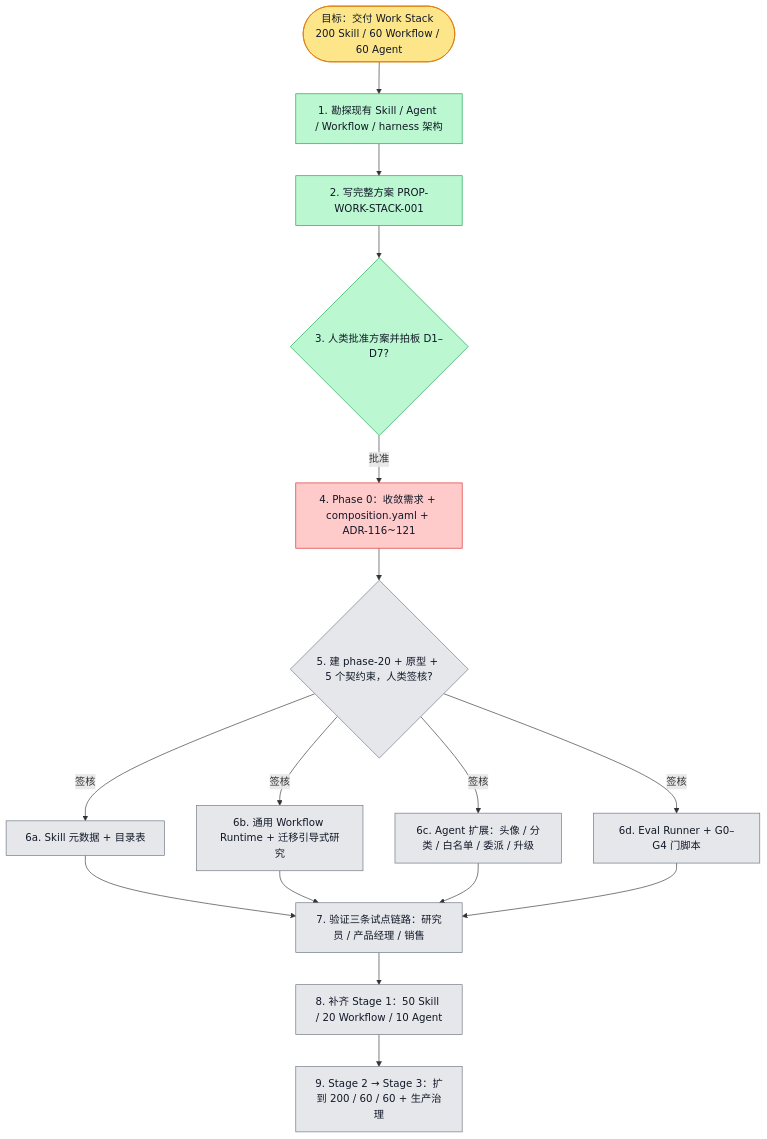
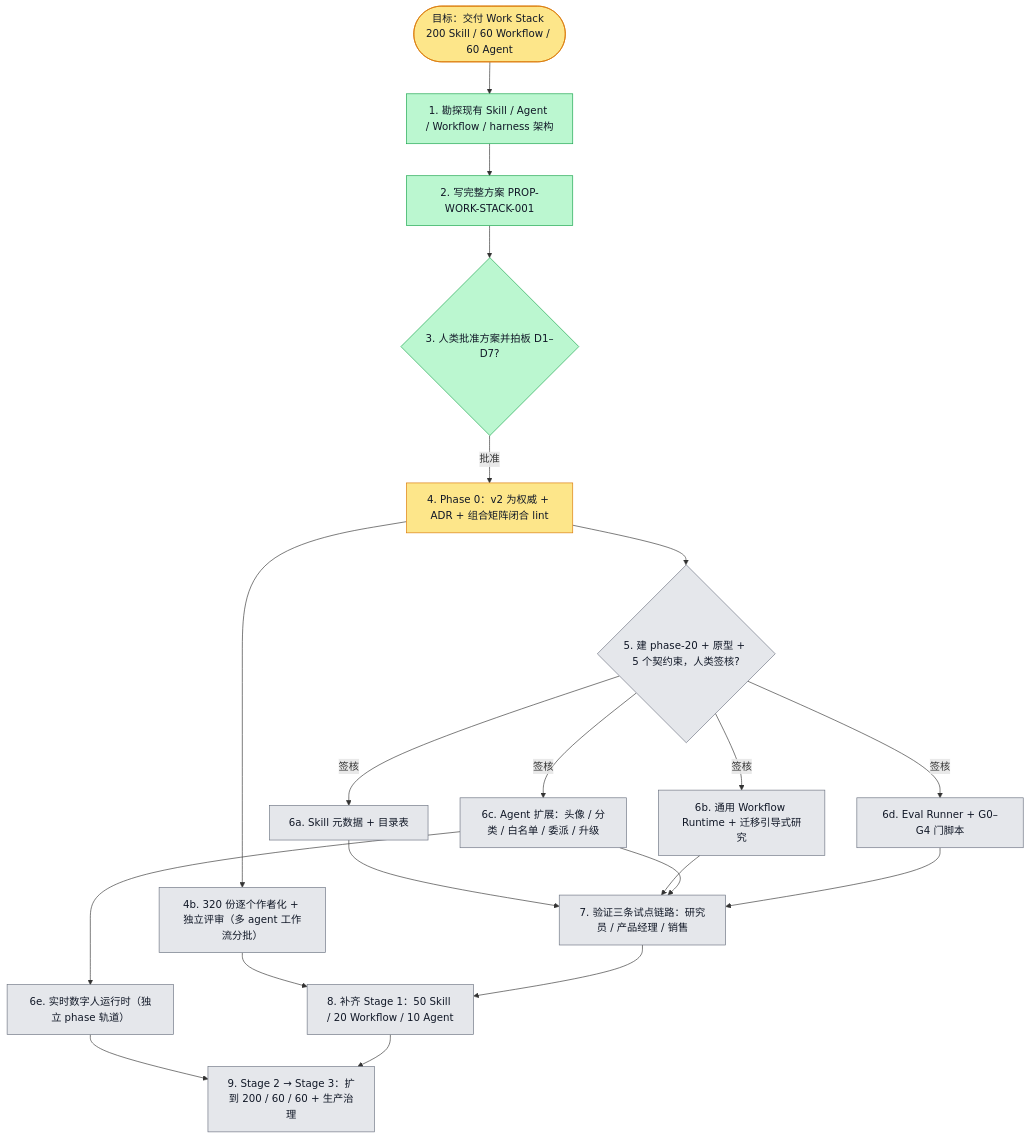
The diagram in docs/proposals/PROP-WORK-STACK-001.plan.md (boardx/workspacex), drawn with Mermaid before and after one commit. The commit also changed other lines of this file and 1 other file, not shown here.

Commit message:
docs(proposal): revise Work Stack plan for v2 (#4523) per human decisions
Claude-Session: https://claude.ai/code/session_01AktcNKdGsxfAT96ihaeZsq

````diff
--- a/docs/proposals/PROP-WORK-STACK-001.plan.md
+++ b/docs/proposals/PROP-WORK-STACK-001.plan.md
@@ -18,42 +18,47 @@
 ```mermaid
 flowchart TD
   G([目标：交付 Work Stack 200 Skill / 60 Workflow / 60 Agent])
   R1[1. 勘探现有 Skill / Agent / Workflow / harness 架构]
   R2[2. 写完整方案 PROP-WORK-STACK-001]
   H1{3. 人类批准方案并拍板 D1–D7?}
-  P0[4. Phase 0：收敛需求 + composition.yaml + ADR-116~121]
+  P0[4. Phase 0：v2 为权威 + ADR + 组合矩阵闭合 lint]
+  AU[4b. 320 份逐个作者化 + 独立评审（多 agent 工作流分批）]
+  RT[6e. 实时数字人运行时（独立 phase 轨道）]
   H2{5. 建 phase-20 + 原型 + 5 个契约束，人类签核?}
   A1[6a. Skill 元数据 + 目录表]
   A2[6b. 通用 Workflow Runtime + 迁移引导式研究]
   A3[6c. Agent 扩展：头像 / 分类 / 白名单 / 委派 / 升级]
   A4[6d. Eval Runner + G0–G4 门脚本]
   V1[7. 验证三条试点链路：研究员 / 产品经理 / 销售]
   C1[8. 补齐 Stage 1：50 Skill / 20 Workflow / 10 Agent]
   X1[9. Stage 2 → Stage 3：扩到 200 / 60 / 60 + 生产治理]
 
   G --> R1 --> R2 --> H1
   H1 -- 批准 --> P0 --> H2
+  P0 --> AU --> C1
+  A3 --> RT --> X1
   H2 -- 签核 --> A1 & A2 & A3 & A4
   A1 & A2 & A3 & A4 --> V1 --> C1 --> X1
 
   classDef todo fill:#e5e7eb,stroke:#6b7280,color:#111827
   classDef doing fill:#fde68a,stroke:#d97706,color:#111827
   classDef done fill:#bbf7d0,stroke:#16a34a,color:#111827
   classDef tested fill:#ddd6fe,stroke:#7c3aed,color:#111827
   classDef blocked fill:#fecaca,stroke:#dc2626,color:#111827
 
   class G doing
   class R1 done
   class R2 done
   class H1 done
-  class P0 blocked
-  %% blocked P0: 批准后 main 合入 #4523（Work Stack v2），权威需求、组合图、实时数字人范围都变了，需人类确认新方向
+  class P0 doing
   class H2 todo
+  class AU todo
+  class RT todo
   class A1 todo
   class A2 todo
   class A3 todo
   class A4 todo
   class V1 todo
   class C1 todo
   class X1 todo
 ```
````
